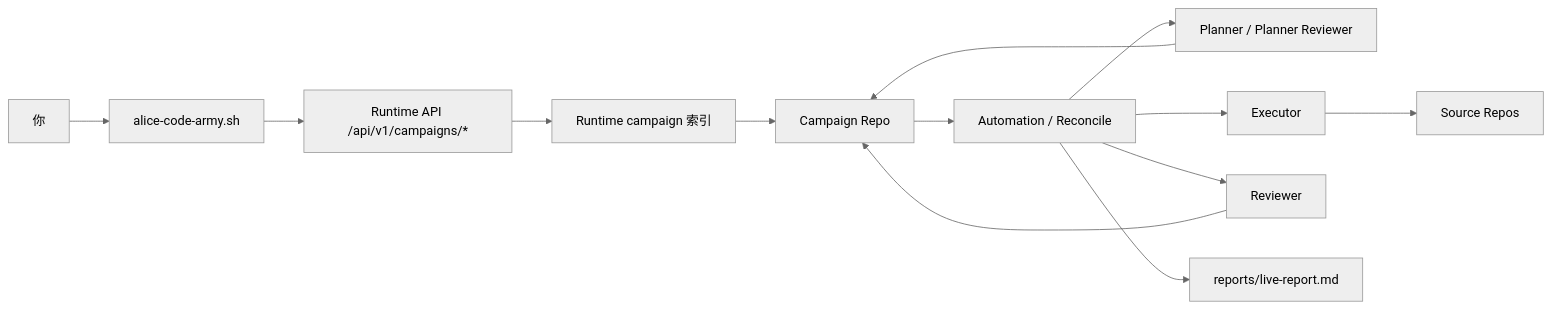
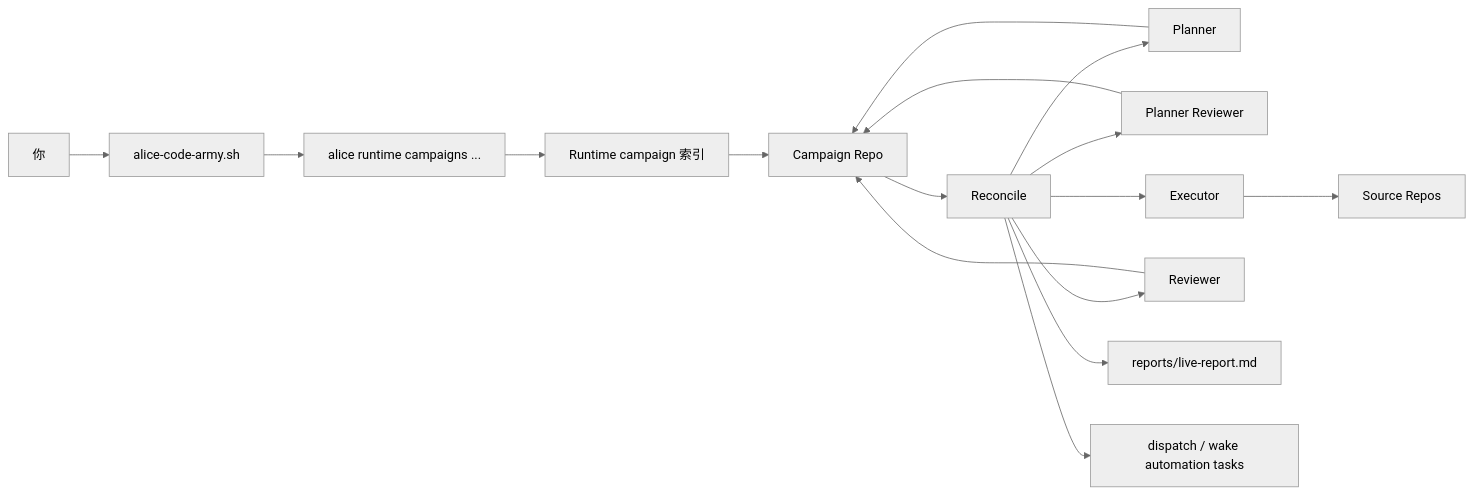
Before and after one commit to KevinZonda/alice: the first of 3 diagrams in docs/codearmy.zh-CN.md, drawn with Mermaid (neutral theme). The commit also changed other lines of this file and 39 other files, not shown here.

````diff
--- a/docs/codearmy.zh-CN.md
+++ b/docs/codearmy.zh-CN.md
@@ -11,15 +33,18 @@
 ```mermaid
 flowchart LR
     U[你] --> S[alice-code-army.sh]
-    S --> API[Runtime API /api/v1/campaigns/*]
+    S --> API[alice runtime campaigns ...]
     API --> IDX[Runtime campaign 索引]
     IDX --> REPO[Campaign Repo]
-    REPO --> AUTO[Automation / Reconcile]
-    AUTO --> PLAN[Planner / Planner Reviewer]
-    AUTO --> EXEC[Executor]
-    AUTO --> REVIEW[Reviewer]
+    REPO --> REC[Reconcile]
+    REC --> PLAN[Planner]
+    REC --> PREV[Planner Reviewer]
+    REC --> EXEC[Executor]
+    REC --> REV[Reviewer]
     EXEC --> SRC[Source Repos]
-    REVIEW --> REPO
+    REV --> REPO
     PLAN --> REPO
-    AUTO --> LIVE[reports/live-report.md]
+    PREV --> REPO
+    REC --> LIVE[reports/live-report.md]
+    REC --> AUTO[dispatch / wake automation tasks]
 ```
````
